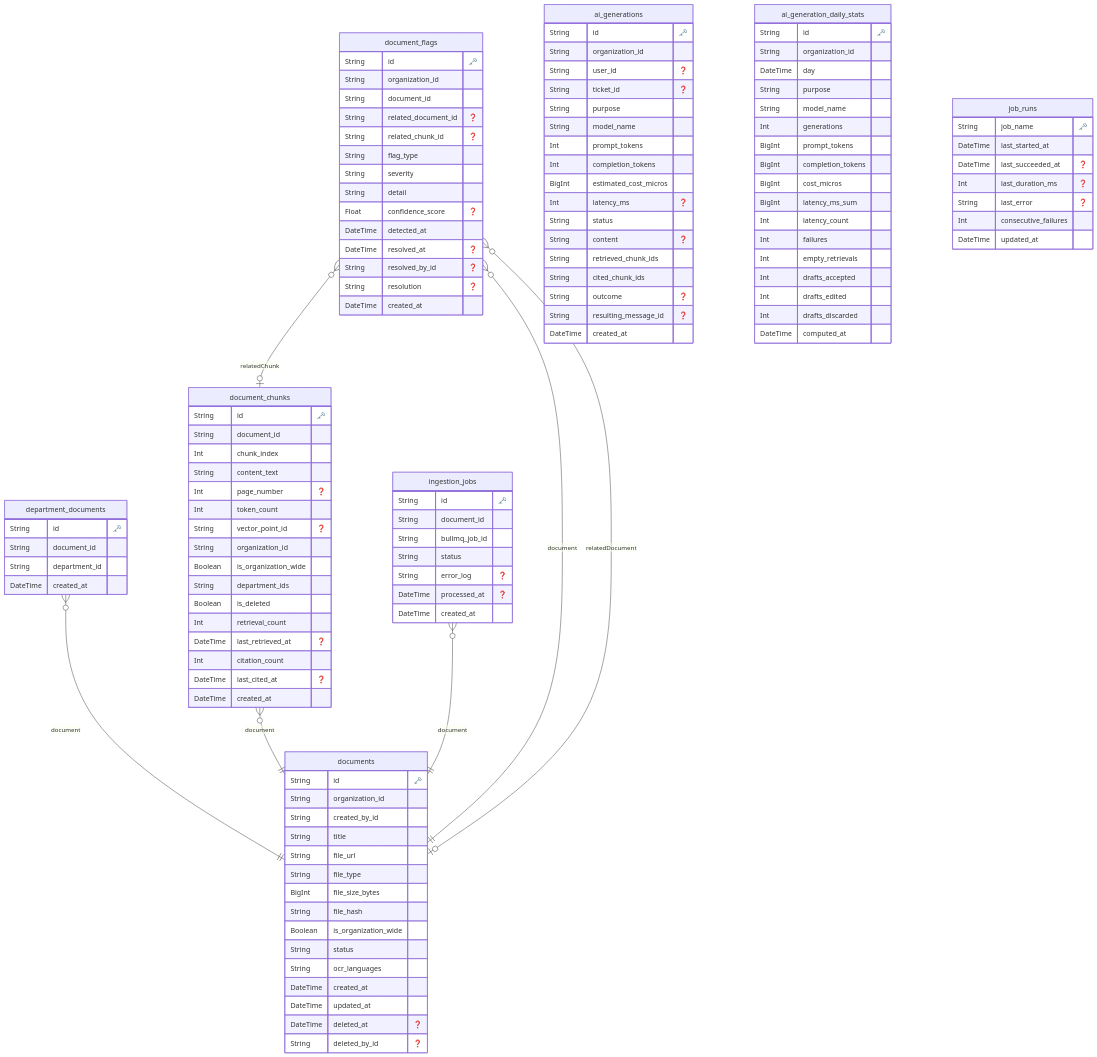
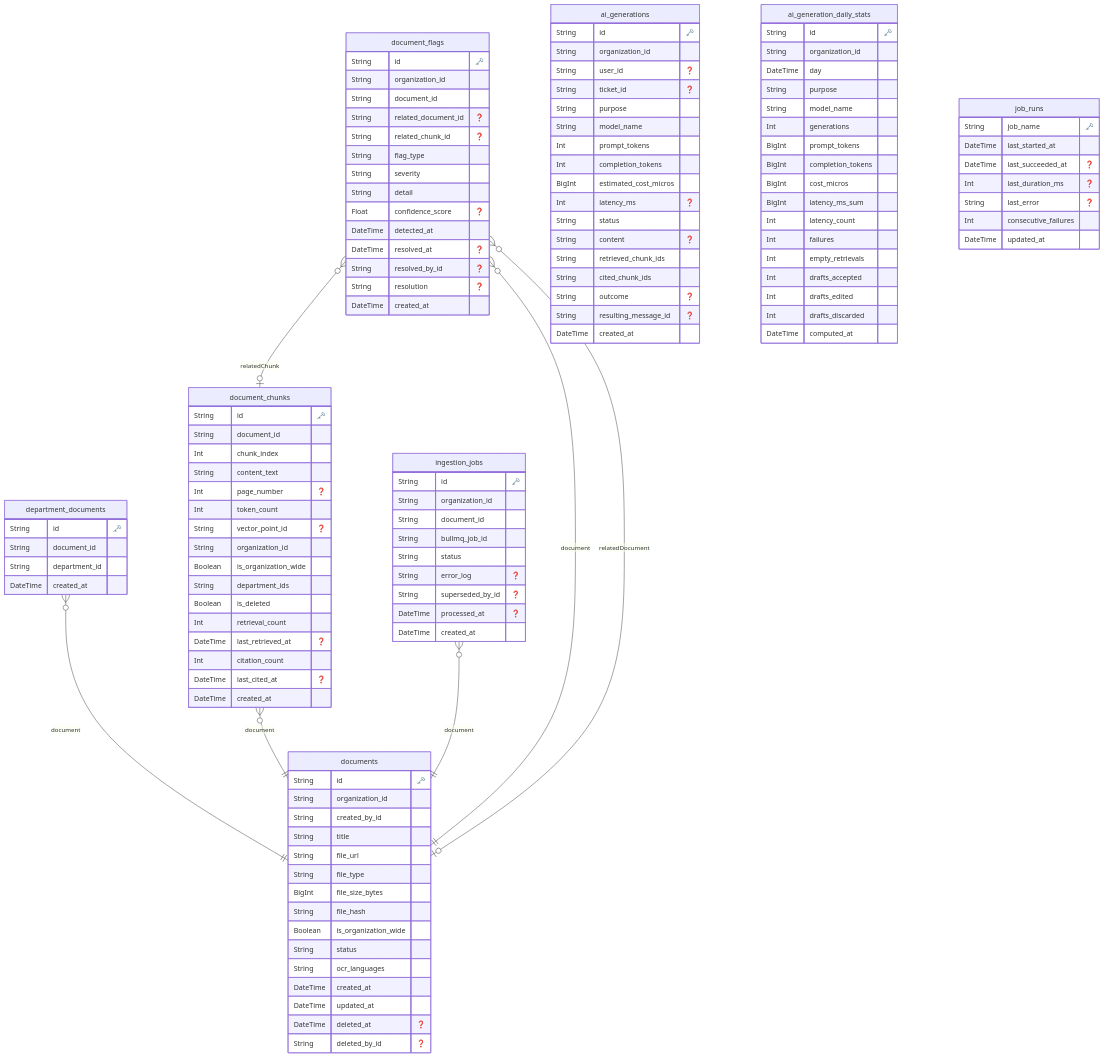
The diagram in docs/reference/erd/ingestion-service.md (dungtq2k5/synapse-desk), drawn with Mermaid before and after one commit. The commit also changed 51 other files, not shown here.

```diff
--- a/docs/reference/erd/ingestion-service.md
+++ b/docs/reference/erd/ingestion-service.md
@@ -50,10 +50,12 @@
 
   "ingestion_jobs" {
     String id "🗝️"
+    String organization_id 
     String document_id 
     String bullmq_job_id 
     String status 
     String error_log "❓"
+    String superseded_by_id "❓"
     DateTime processed_at "❓"
     DateTime created_at 
     }
```
